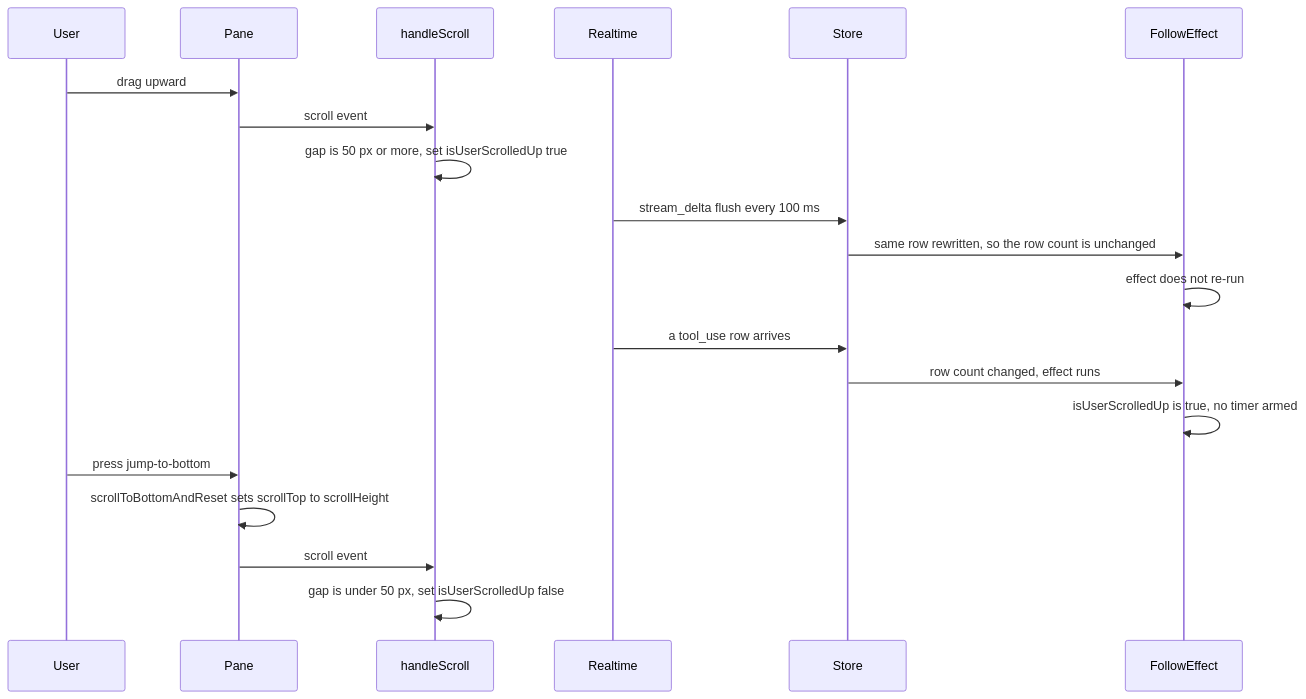
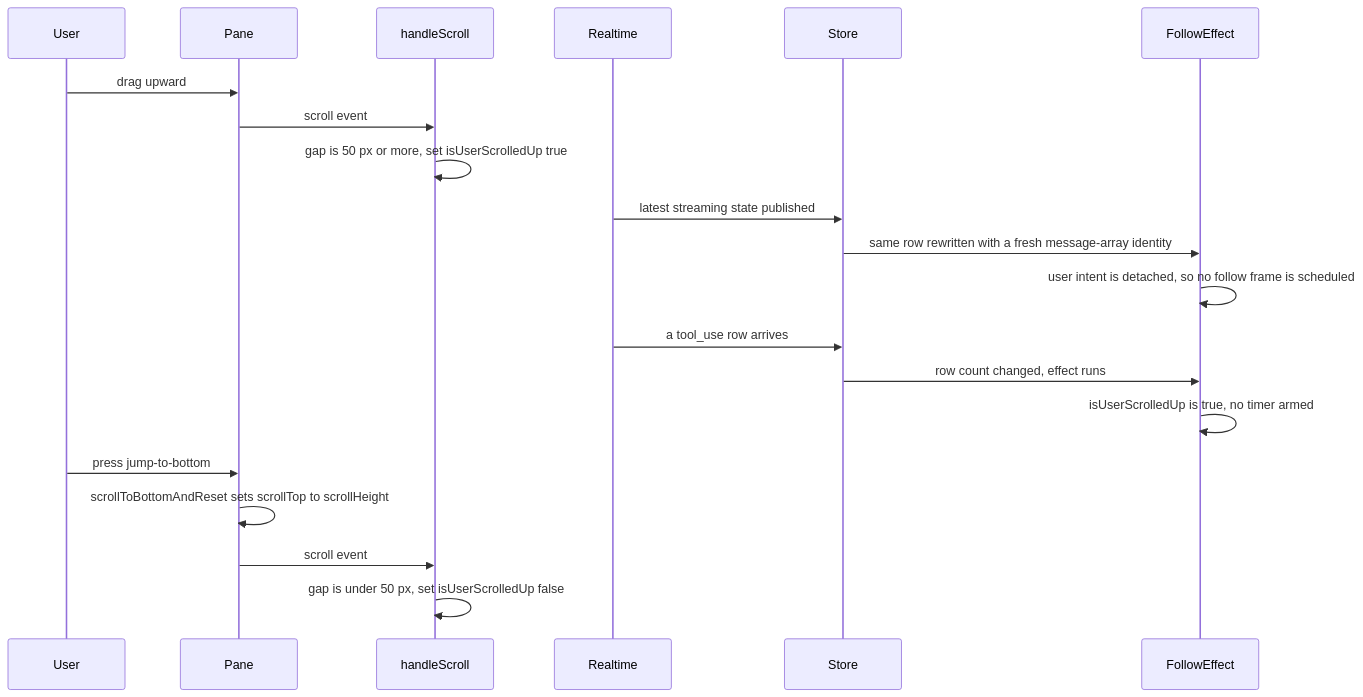
Before and after one commit to selierlin/cloudcli: the fourth of 5 diagrams in docs/architecture/05-scrolling.md, drawn with Mermaid. The commit also changed other lines of this file and 15 other files, not shown here.

````diff
--- a/docs/architecture/05-scrolling.md
+++ b/docs/architecture/05-scrolling.md
@@ -204,23 +202,23 @@
 ```mermaid
 sequenceDiagram
     participant U as User
     participant P as Pane
     participant H as handleScroll
     participant W as Realtime
     participant S as Store
     participant E as FollowEffect
 
     U->>P: drag upward
     P->>H: scroll event
     H->>H: gap is 50 px or more, set isUserScrolledUp true
-    W->>S: stream_delta flush every 100 ms
-    S->>E: same row rewritten, so the row count is unchanged
-    E->>E: effect does not re-run
+    W->>S: latest streaming state published
+    S->>E: same row rewritten with a fresh message-array identity
+    E->>E: user intent is detached, so no follow frame is scheduled
     W->>S: a tool_use row arrives
     S->>E: row count changed, effect runs
     E->>E: isUserScrolledUp is true, no timer armed
     U->>P: press jump-to-bottom
     P->>P: scrollToBottomAndReset sets scrollTop to scrollHeight
     P->>H: scroll event
     H->>H: gap is under 50 px, set isUserScrolledUp false
 ```
````
